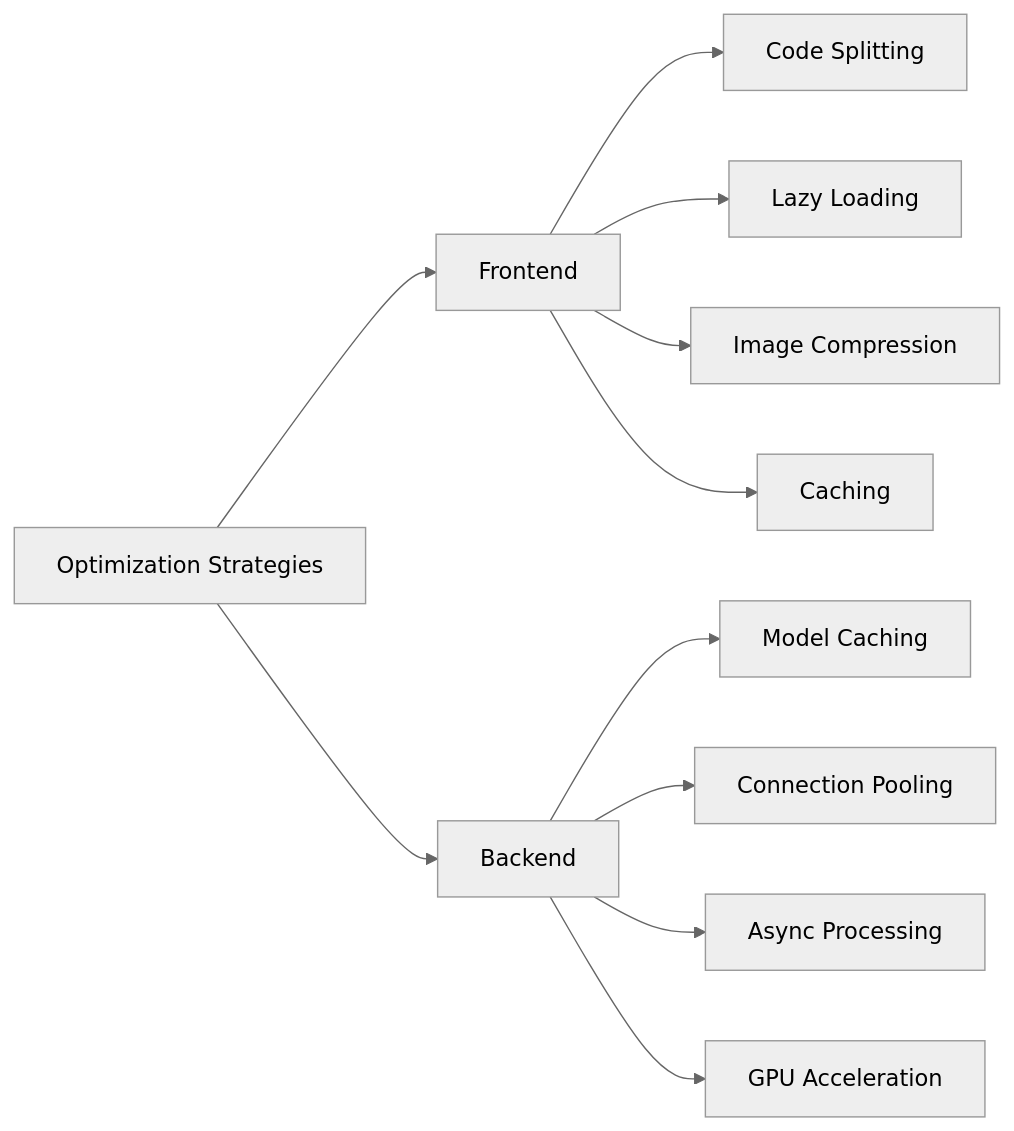
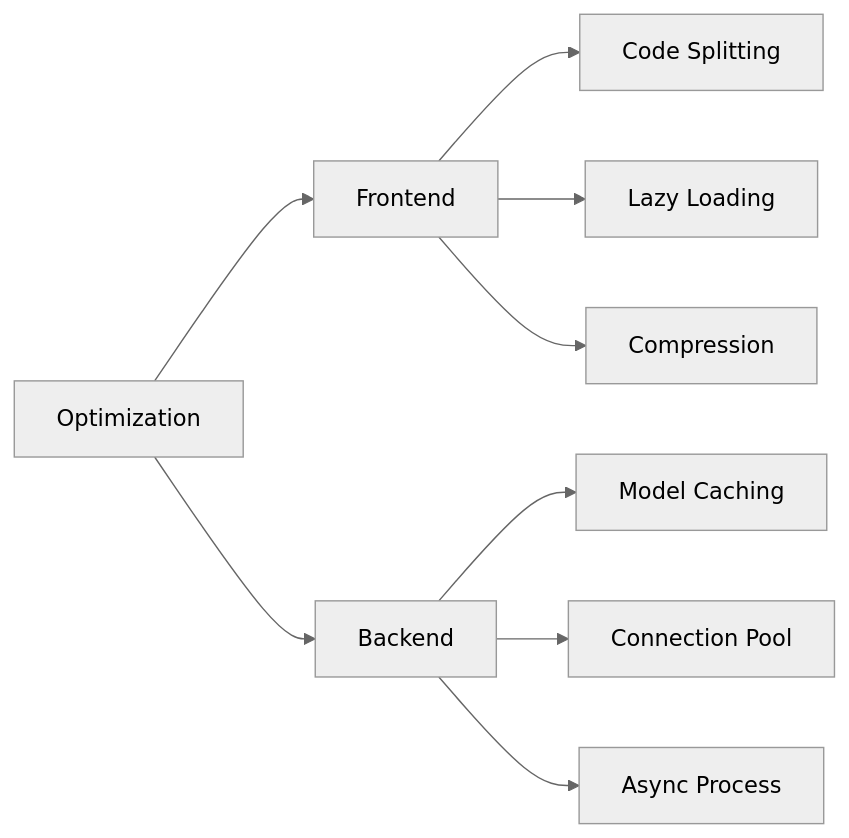
Before and after one commit to BTech20/biometric-auth-system: diagram 13 of 14 in ARCHITECTURE.md, drawn with Mermaid (neutral theme). The commit also changed other lines of this file, not shown here.

First line of the commit message:
Simplify all Mermaid diagrams to basic GitHub-compatible syntax

````diff
--- a/ARCHITECTURE.md
+++ b/ARCHITECTURE.md
@@ -458,16 +350,11 @@
 ```mermaid
-graph LR
-    A[Optimization Strategies]
-    A --> B[Frontend]
+flowchart LR
+    A[Optimization] --> B[Frontend]
     A --> C[Backend]
-    
     B --> D[Code Splitting]
     B --> E[Lazy Loading]
-    B --> F[Image Compression]
-    B --> G[Caching]
-    
-    C --> H[Model Caching]
-    C --> I[Connection Pooling]
-    C --> J[Async Processing]
-    C --> K[GPU Acceleration]
+    B --> F[Compression]
+    C --> G[Model Caching]
+    C --> H[Connection Pool]
+    C --> I[Async Process]
 ```
````
